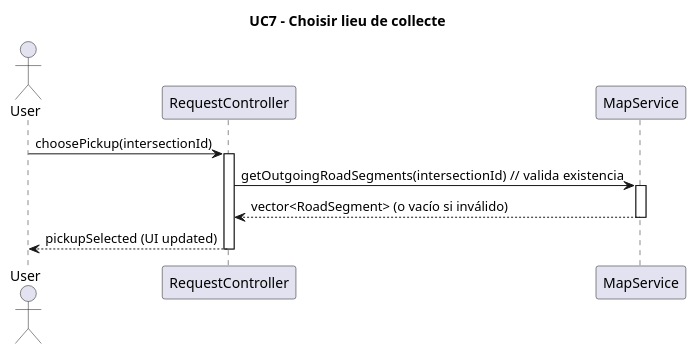
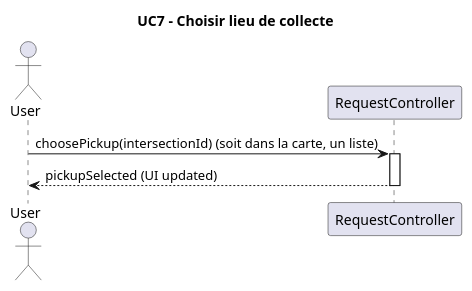
The diagram in diagrams/diagramUC7.plantuml (enzo-dosanjos/Pickup_Delivery_App), drawn with PlantUML before and after one commit. The commit also changed 8 other files, not shown here.

Commit message:
Update use case diagrams and class diagram

```diff
--- a/diagrams/diagramUC7.plantuml
+++ b/diagrams/diagramUC7.plantuml
@@ -1,18 +1,12 @@
 @startuml
 title UC7 - Choisir lieu de collecte
 
 actor User
 participant "RequestController" as RC
-participant "MapService" as MS
 
-User -> RC : choosePickup(intersectionId)
+User -> RC : choosePickup(intersectionId) (soit dans la carte, un liste)
 activate RC
-
-RC -> MS : getOutgoingRoadSegments(intersectionId)  // valida existencia
-activate MS
-MS --> RC : vector<RoadSegment> (o vacío si inválido)
-deactivate MS
 
 RC --> User : pickupSelected (UI updated)
 deactivate RC
 @enduml
```
